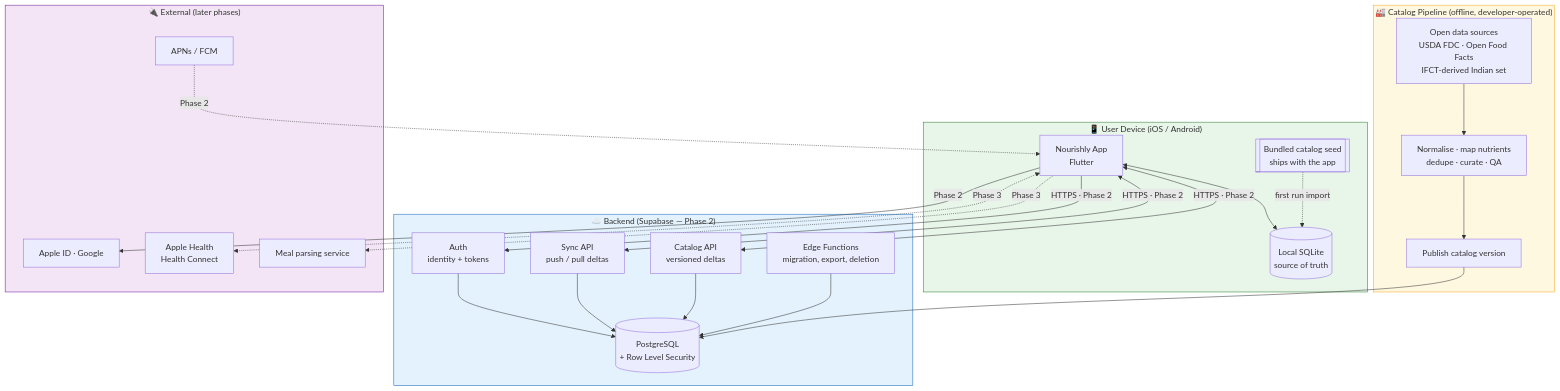
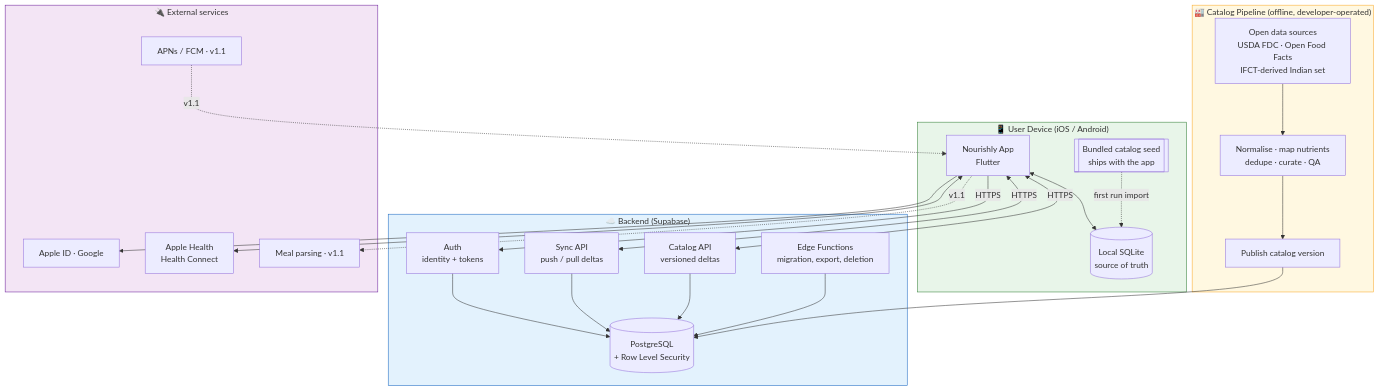
One commit to patel-keyur-18/nourishly changed the first of 5 diagrams in docs/architecture/03-system-architecture.md. Above: the diagram before and after it, drawn with Mermaid. The commit also changed other lines of this file and 12 other files, not shown here.

First line of the commit message:
docs(architecture): revise to v0.2 for review decisions

````diff
--- a/docs/architecture/03-system-architecture.md
+++ b/docs/architecture/03-system-architecture.md
@@ -26,49 +26,49 @@
 ```mermaid
 graph TB
     subgraph Device["📱 User Device (iOS / Android)"]
         APP["Nourishly App<br/>Flutter"]
         DB[("Local SQLite<br/>source of truth")]
         SEED[["Bundled catalog seed<br/>ships with the app"]]
         APP <--> DB
         SEED -.->|first run import| DB
     end
 
-    subgraph Backend["☁️ Backend (Supabase — Phase 2)"]
+    subgraph Backend["☁️ Backend (Supabase)"]
         AUTH["Auth<br/>identity + tokens"]
         SYNCAPI["Sync API<br/>push / pull deltas"]
         CATAPI["Catalog API<br/>versioned deltas"]
         PG[("PostgreSQL<br/>+ Row Level Security")]
         FN["Edge Functions<br/>migration, export, deletion"]
         AUTH --> PG
         SYNCAPI --> PG
         CATAPI --> PG
         FN --> PG
     end
 
     subgraph Pipeline["🏭 Catalog Pipeline (offline, developer-operated)"]
         SRC["Open data sources<br/>USDA FDC · Open Food Facts<br/>IFCT-derived Indian set"]
         ETL["Normalise · map nutrients<br/>dedupe · curate · QA"]
         PUB["Publish catalog version"]
         SRC --> ETL --> PUB --> PG
     end
 
-    subgraph Ext["🔌 External (later phases)"]
+    subgraph Ext["🔌 External services"]
         IDP["Apple ID · Google"]
-        PUSH["APNs / FCM"]
         HEALTH["Apple Health<br/>Health Connect"]
-        AI["Meal parsing service"]
+        PUSH["APNs / FCM · v1.1"]
+        AI["Meal parsing · v1.1"]
     end
 
-    APP -->|"HTTPS · Phase 2"| AUTH
-    APP <-->|"HTTPS · Phase 2"| SYNCAPI
-    APP <-->|"HTTPS · Phase 2"| CATAPI
-    APP -->|"Phase 2"| IDP
-    PUSH -.->|"Phase 2"| APP
-    APP <-.->|"Phase 3"| HEALTH
-    APP -.->|"Phase 3"| AI
+    APP -->|"HTTPS"| AUTH
+    APP <-->|"HTTPS"| SYNCAPI
+    APP <-->|"HTTPS"| CATAPI
+    APP --> IDP
+    APP <--> HEALTH
+    PUSH -.->|"v1.1"| APP
+    APP -.->|"v1.1"| AI
 
     style Device fill:#e8f5e9,stroke:#2e7d32
     style Backend fill:#e3f2fd,stroke:#1565c0
     style Pipeline fill:#fff8e1,stroke:#f9a825
     style Ext fill:#f3e5f5,stroke:#6a1b9a
 ```
````
